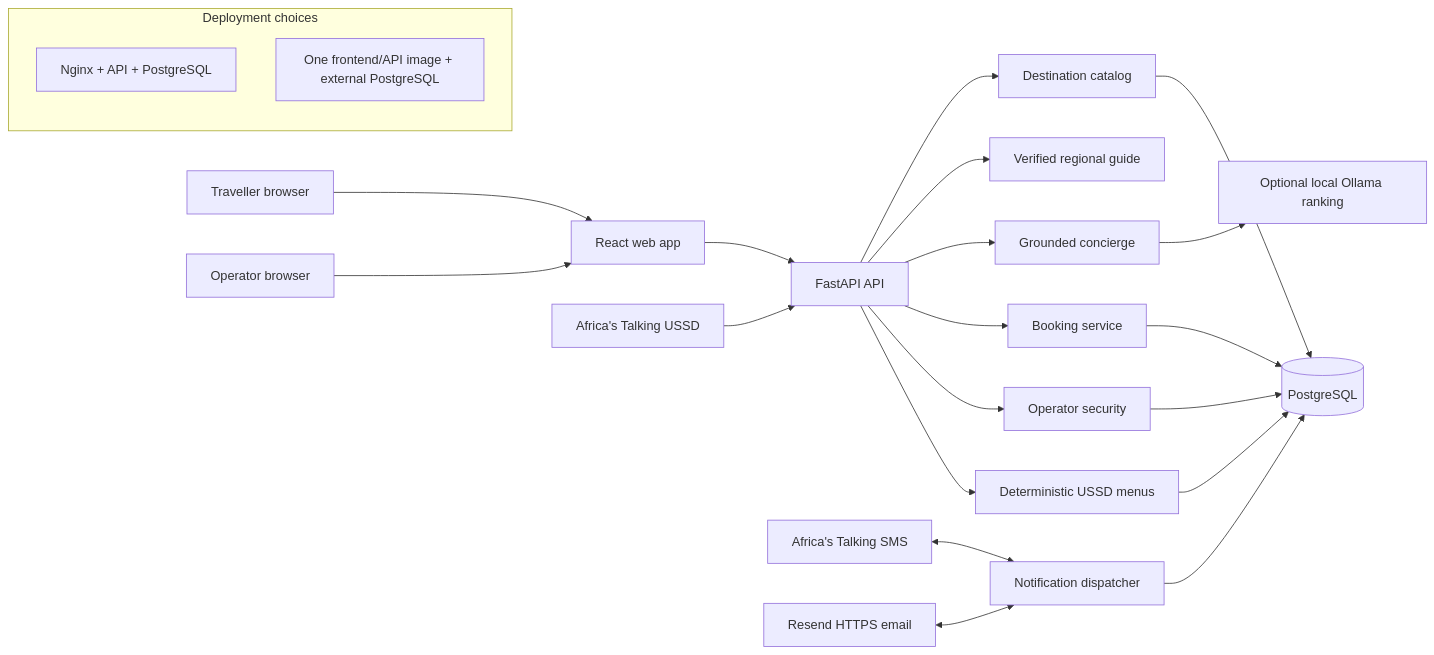
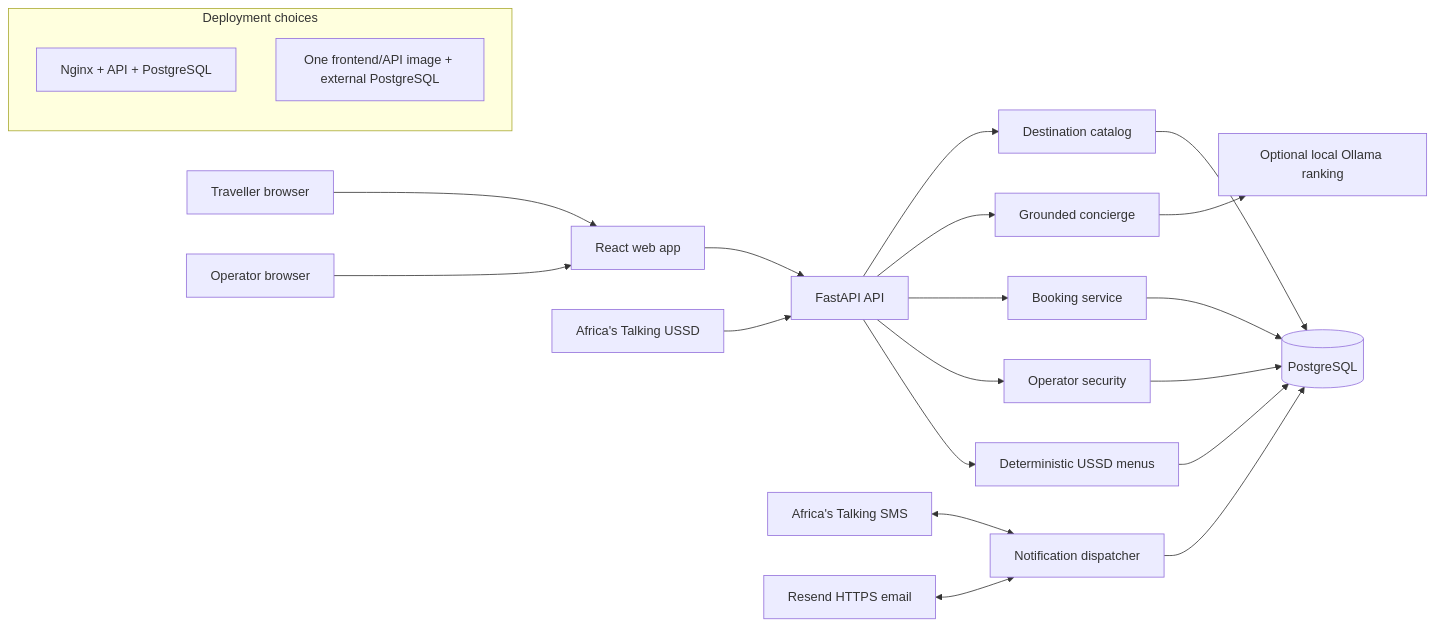
Before and after one commit to gloria-mbilinyi/safarismart-ai-concierge: the first of 3 diagrams in docs/architecture.md, drawn with Mermaid. The commit also changed other lines of this file and 2 other files, not shown here.

````diff
--- a/docs/architecture.md
+++ b/docs/architecture.md
@@ -11,27 +11,26 @@
 ```mermaid
 flowchart LR
     Traveller[Traveller browser] --> Web[React web app]
     Operator[Operator browser] --> Web
     Web --> API[FastAPI API]
     ATSMS[Africa's Talking SMS] <--> Dispatcher[Notification dispatcher]
     Resend[Resend HTTPS email] <--> Dispatcher
     ATUSSD[Africa's Talking USSD] --> API
 
     API --> Catalog[Destination catalog]
-    API --> RegionalGuide[Verified regional guide]
     API --> Concierge[Grounded concierge]
     API --> Booking[Booking service]
     API --> Auth[Operator security]
     API --> USSD[Deterministic USSD menus]
     Concierge --> OptionalLLM[Optional local Ollama ranking]
     Catalog --> DB[(PostgreSQL)]
     Booking --> DB
     Auth --> DB
     USSD --> DB
     Dispatcher --> DB
 
     subgraph Deployment choices
         Compose[Nginx + API + PostgreSQL]
         Marketplace[One frontend/API image + external PostgreSQL]
     end
 ```
````
